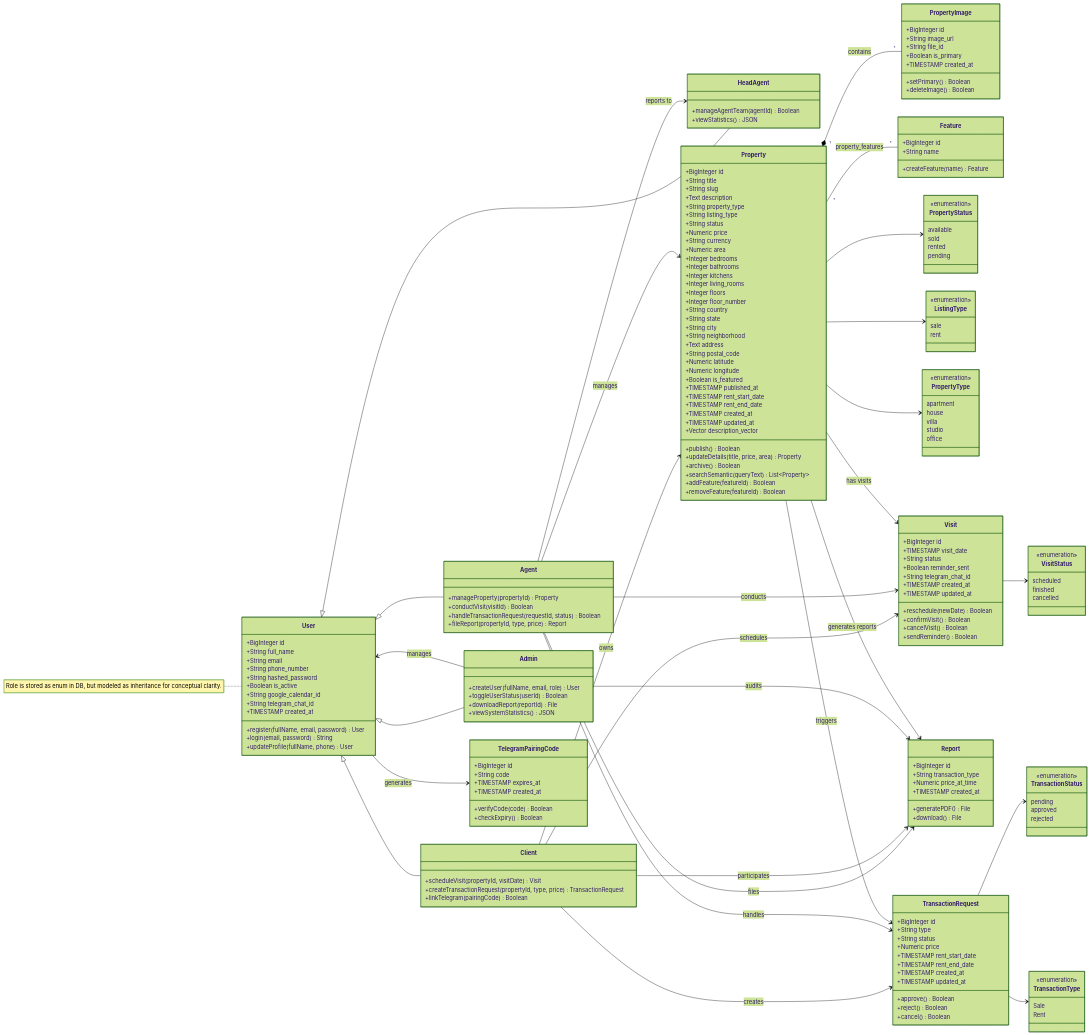
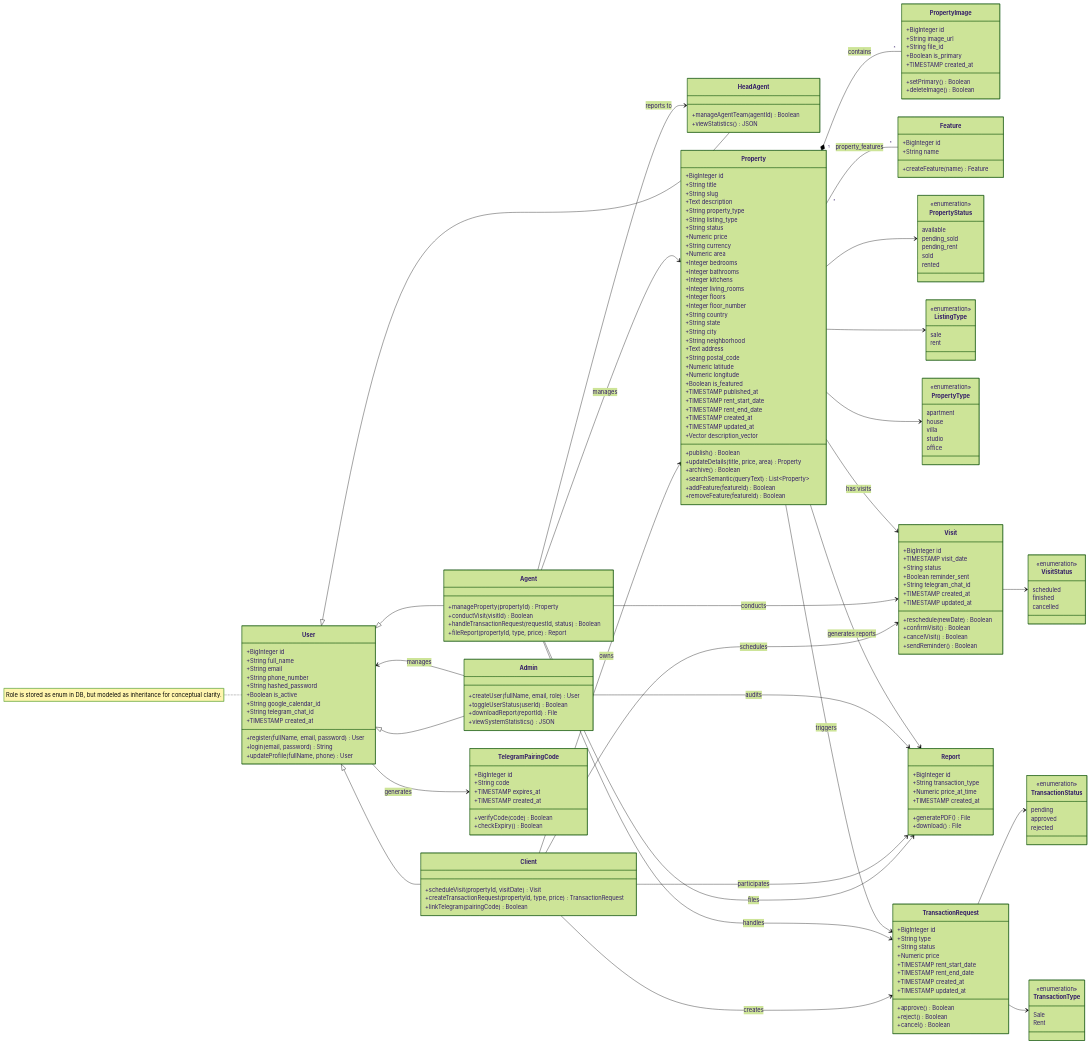
One commit to israhadjhassine/Graduation-Project-real-estate-automation changed the diagram in docs/class_diagram.md. Above: the diagram before and after it, drawn with Mermaid (forest theme). The commit also changed 34 other files, not shown here.

```diff
--- a/docs/class_diagram.md
+++ b/docs/class_diagram.md
@@ -139,9 +139,10 @@
     class PropertyStatus {
         <<enumeration>>
         available
+        pending_sold
+        pending_rent
         sold
         rented
-        pending
     }
 
     class ListingType {
```
